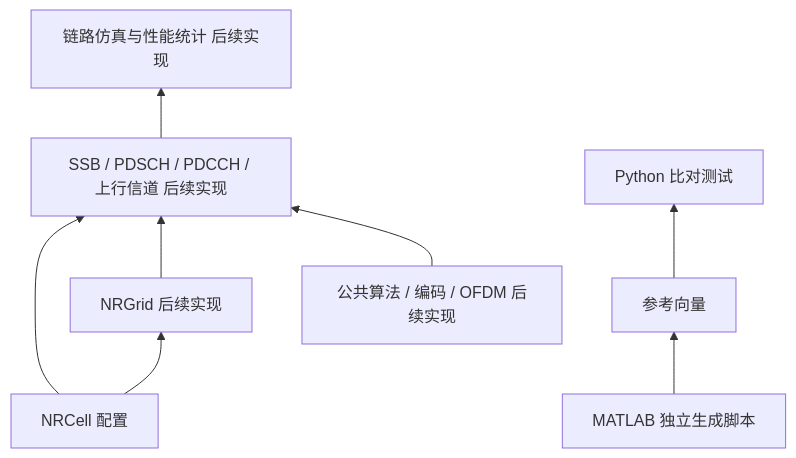
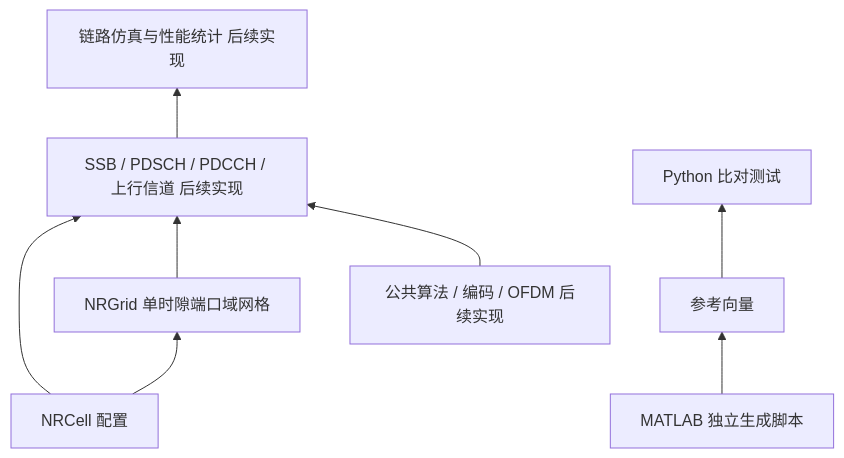
The diagram in documentation/architecture.md (gxymmd1995-max/NR-GPT), drawn with Mermaid before and after one commit. The commit also changed other lines of this file and 32 other files, not shown here.

````diff
--- a/documentation/architecture.md
+++ b/documentation/architecture.md
@@ -40,10 +42,10 @@
 ```mermaid
 flowchart BT
-    C[NRCell 配置] --> G[NRGrid 后续实现]
+    C[NRCell 配置] --> G[NRGrid 单时隙端口域网格]
     C --> H[SSB / PDSCH / PDCCH / 上行信道 后续实现]
     G --> H
     A[公共算法 / 编码 / OFDM 后续实现] --> H
     H --> S[链路仿真与性能统计 后续实现]
     M[MATLAB 独立生成脚本] --> V[参考向量]
     V --> T[Python 比对测试]
 ```
````
